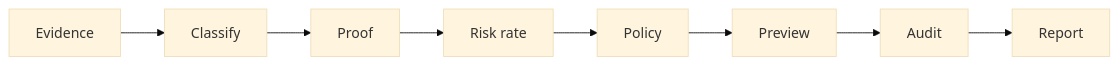
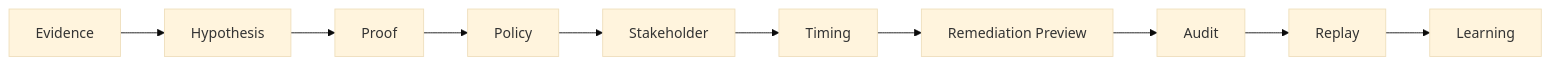
One commit to Kozphy/Windows-Network-Recovery-Toolkit changed the diagram in README.md. Above: the diagram before and after it, drawn with Mermaid (base theme). The commit also changed other lines of this file and 58 other files, not shown here.

First line of the commit message:
Add browser-profile differential diagnostics and decision-context (stakeholder + timing).

````diff
--- a/README.md
+++ b/README.md
@@ -212,10 +222,12 @@
 ```mermaid
 flowchart LR
-  E[Evidence] --> C[Classify]
-  C --> P[Proof]
-  P --> R[Risk rate]
-  R --> Pol[Policy]
-  Pol --> Prev[Preview]
+  E[Evidence] --> H[Hypothesis]
+  H --> Pf[Proof]
+  Pf --> Pol[Policy]
+  Pol --> St[Stakeholder]
+  St --> Tm[Timing]
+  Tm --> Prev[Remediation Preview]
   Prev --> Aud[Audit]
-  Aud --> Rep[Report]
+  Aud --> Rp[Replay]
+  Rp --> Ln[Learning]
 ```
````
